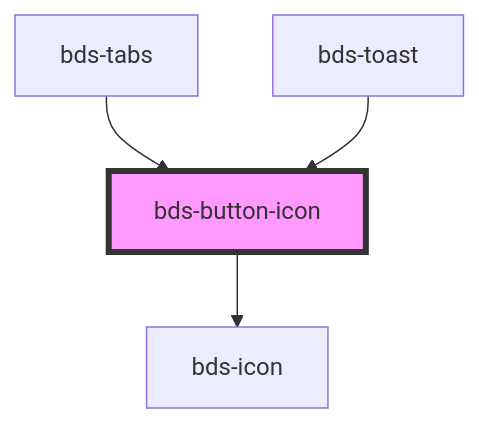
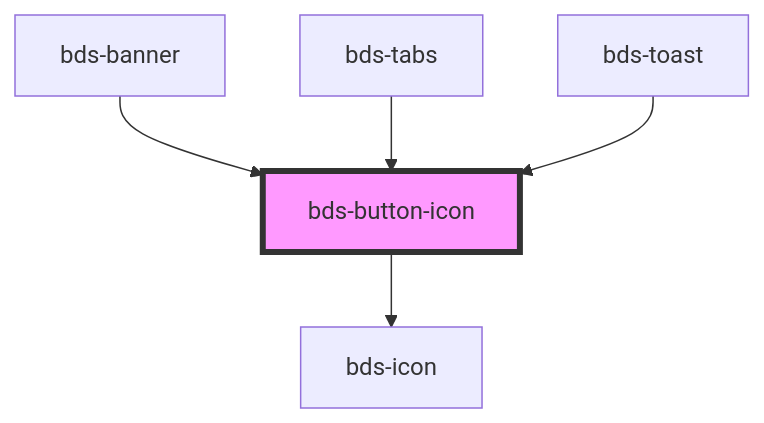
One commit to takenet/blip-ds changed the diagram in src/components/icon-button/readme.md. Above: the diagram before and after it, drawn with Mermaid. The commit also changed other lines of this file and 9 other files, not shown here.

````diff
--- a/src/components/icon-button/readme.md
+++ b/src/components/icon-button/readme.md
@@ -30,7 +31,8 @@
 ```mermaid
 graph TD;
   bds-button-icon --> bds-icon
+  bds-banner --> bds-button-icon
   bds-tabs --> bds-button-icon
   bds-toast --> bds-button-icon
   style bds-button-icon fill:#f9f,stroke:#333,stroke-width:4px
 ```
````
